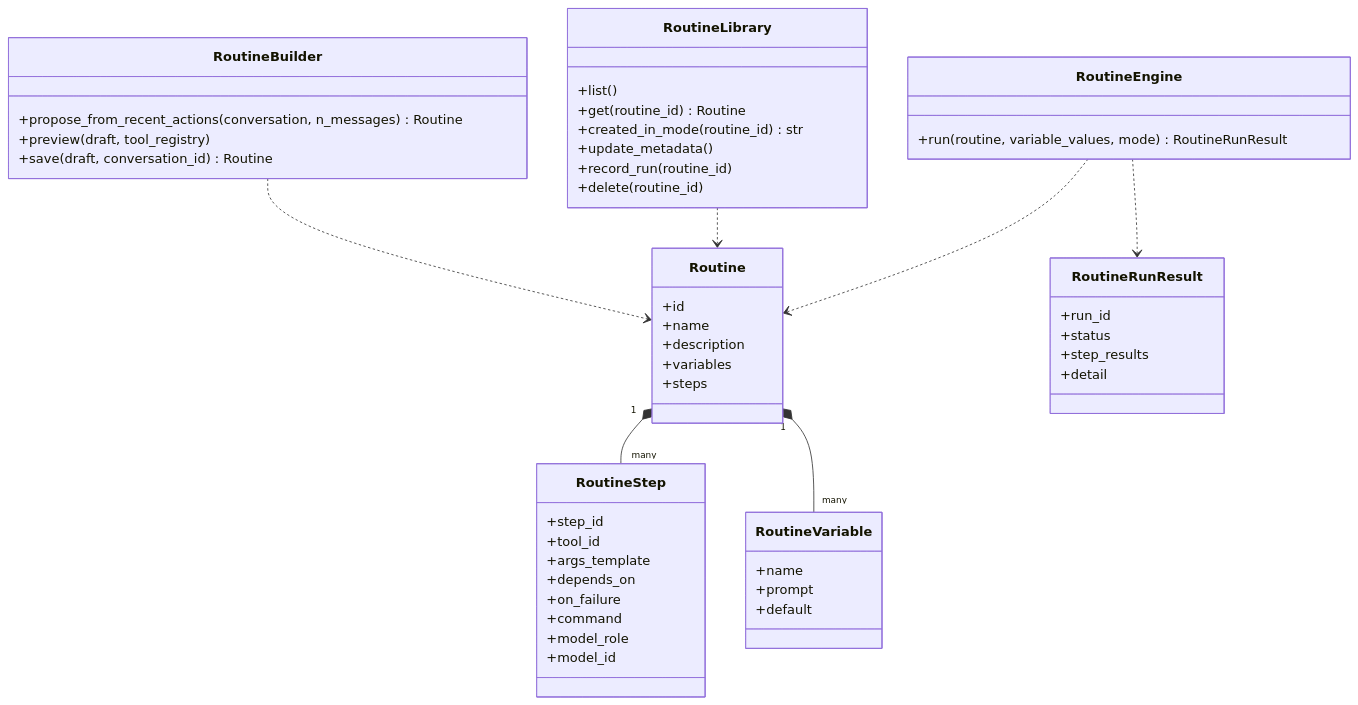
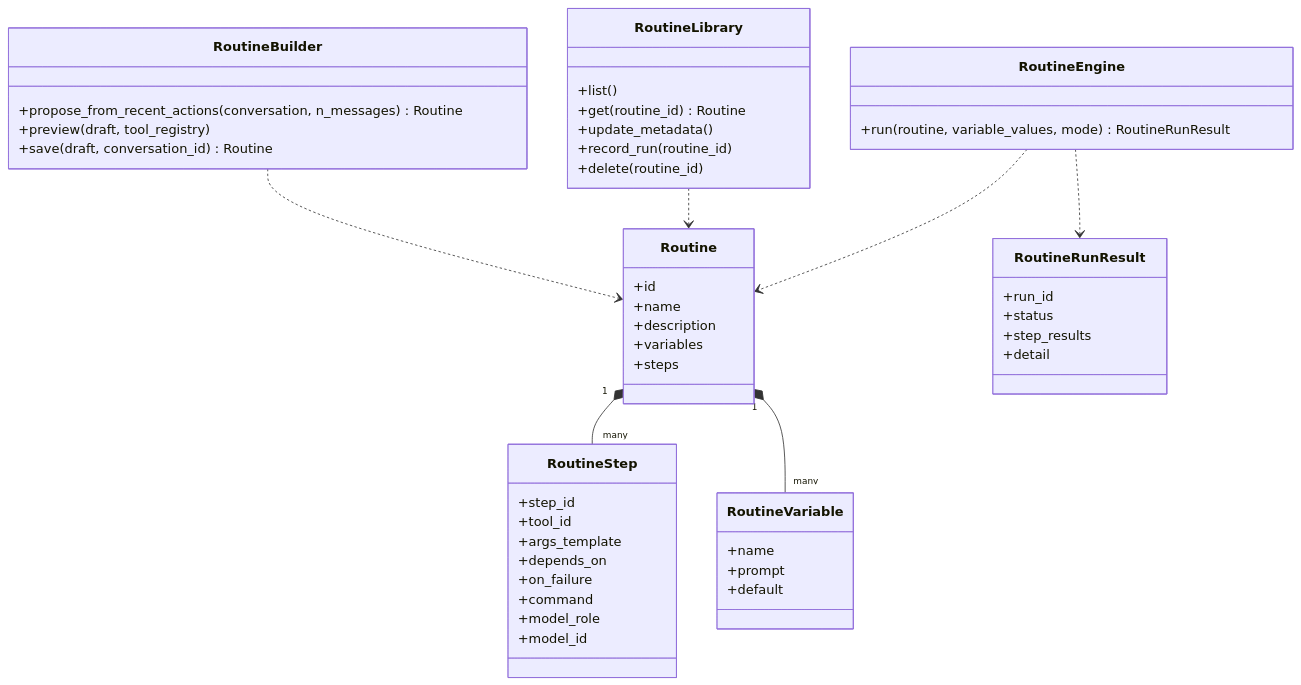
The fifth of 5 diagrams in docs/classes.md (N041M/Addison), drawn with Mermaid before and after one commit. The commit also changed 22 other files, not shown here.

````diff
--- a/docs/classes.md
+++ b/docs/classes.md
@@ -530,54 +530,53 @@
 ```mermaid
 classDiagram
     class Routine {
         +id
         +name
         +description
         +variables
         +steps
     }
     class RoutineStep {
         +step_id
         +tool_id
         +args_template
         +depends_on
         +on_failure
         +command
         +model_role
         +model_id
     }
     class RoutineVariable {
         +name
         +prompt
         +default
     }
     class RoutineRunResult {
         +run_id
         +status
         +step_results
         +detail
     }
     class RoutineBuilder {
         +propose_from_recent_actions(conversation, n_messages) Routine
         +preview(draft, tool_registry)
         +save(draft, conversation_id) Routine
     }
     class RoutineLibrary {
         +list()
         +get(routine_id) Routine
-        +created_in_mode(routine_id) str
         +update_metadata()
         +record_run(routine_id)
         +delete(routine_id)
     }
     class RoutineEngine {
         +run(routine, variable_values, mode) RoutineRunResult
     }
 
     Routine "1" *-- "many" RoutineStep
     Routine "1" *-- "many" RoutineVariable
     RoutineBuilder ..> Routine
     RoutineLibrary ..> Routine
     RoutineEngine ..> Routine
     RoutineEngine ..> RoutineRunResult
 ```
````
